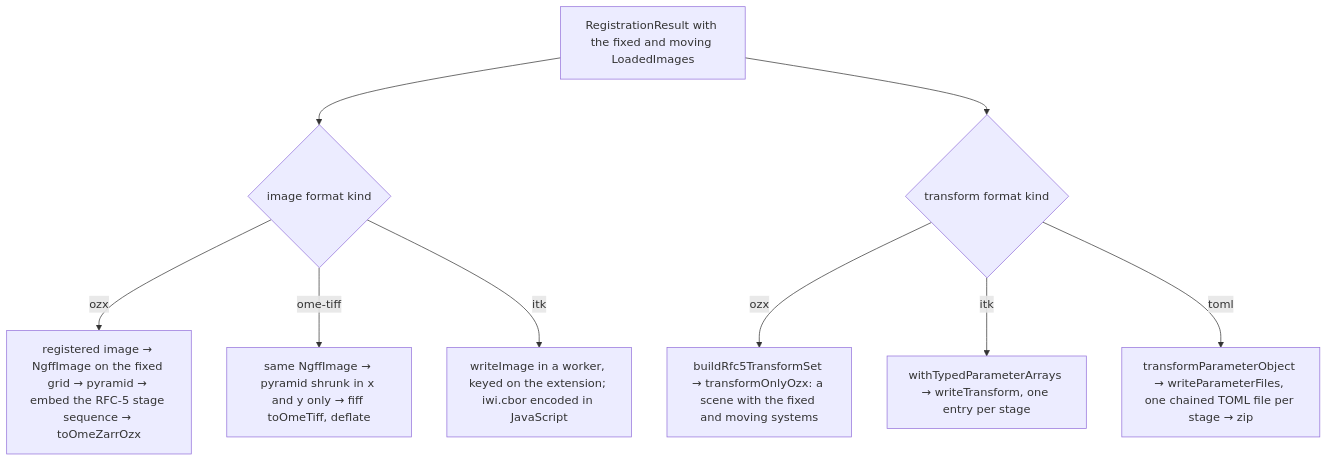
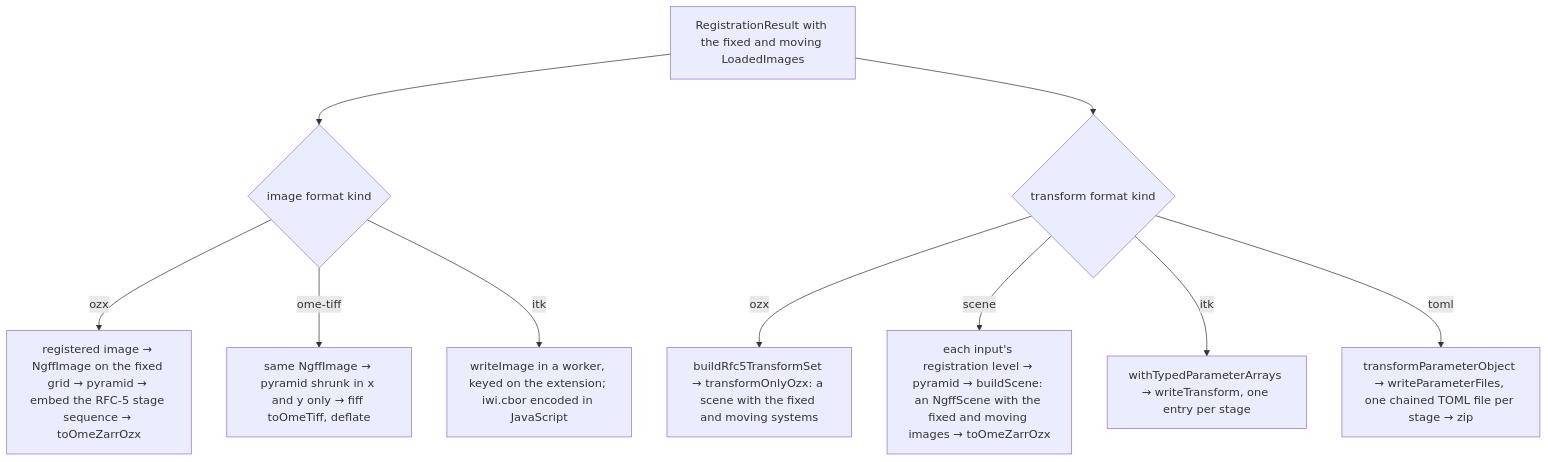
The second of 2 diagrams in wasm/typescript/demo-app/docs/architecture/architecture-overview.md (InsightSoftwareConsortium/ITKElastix), drawn with Mermaid before and after one commit. The commit also changed other lines of this file and 17 other files, not shown here.

````diff
--- a/wasm/typescript/demo-app/docs/architecture/architecture-overview.md
+++ b/wasm/typescript/demo-app/docs/architecture/architecture-overview.md
@@ -241,11 +241,12 @@
 ```mermaid
 flowchart TD
   R["RegistrationResult with the fixed and moving LoadedImages"] --> IMG{"image format kind"}
   IMG -->|ozx| P["registered image → NgffImage on the fixed grid → pyramid → embed the RFC-5 stage sequence → toOmeZarrOzx"]
   IMG -->|ome-tiff| T["same NgffImage → pyramid shrunk in x and y only → fiff toOmeTiff, deflate"]
   IMG -->|itk| W["writeImage in a worker, keyed on the extension; iwi.cbor encoded in JavaScript"]
   R --> TR{"transform format kind"}
   TR -->|ozx| S["buildRfc5TransformSet → transformOnlyOzx: a scene with the fixed and moving systems"]
+  TR -->|scene| SC["each input's registration level → pyramid → buildScene: an NgffScene with the fixed and moving images → toOmeZarrOzx"]
   TR -->|itk| WT["withTypedParameterArrays → writeTransform, one entry per stage"]
   TR -->|toml| J["transformParameterObject → writeParameterFiles, one chained TOML file per stage → zip"]
 ```
````
